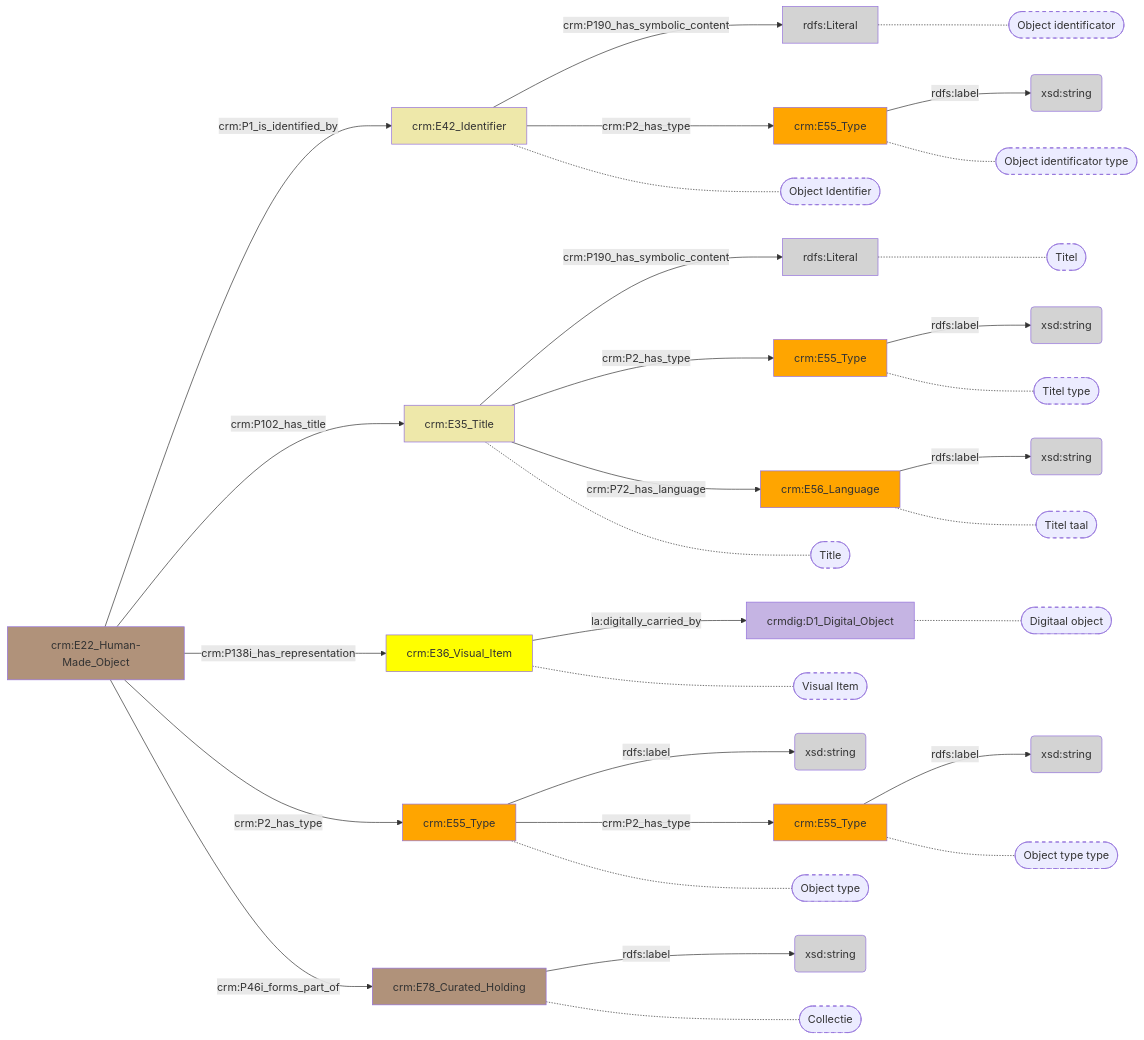
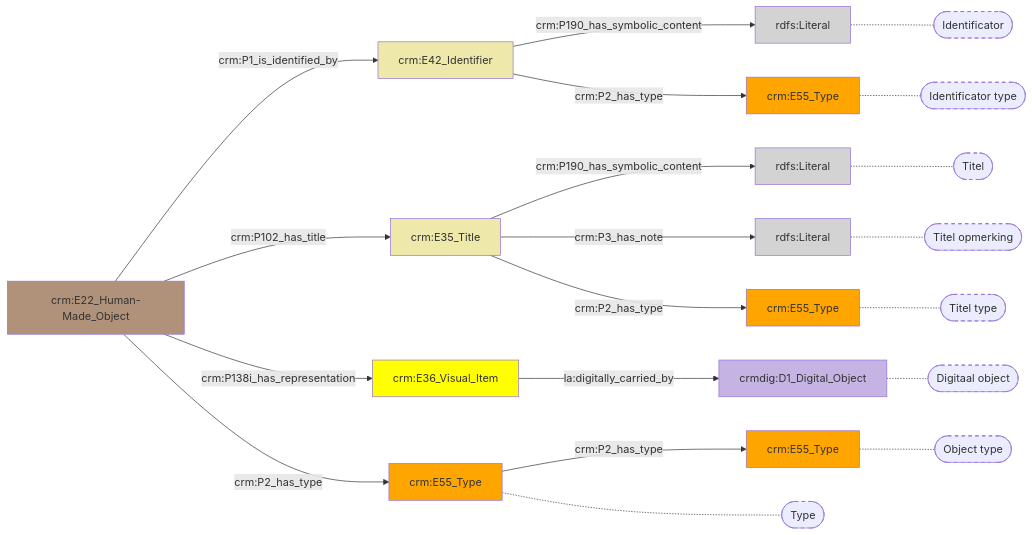
The diagram in docs/content/modellen/MuseologicalObject/Identificatie.md (digipolisantwerpdocumentation/antwerp-cultureel-erfgoed), drawn with Mermaid before and after one commit. The commit also changed 170 other files, not shown here.

````diff
--- a/docs/content/modellen/MuseologicalObject/Identificatie.md
+++ b/docs/content/modellen/MuseologicalObject/Identificatie.md
@@ -1,64 +1,42 @@
 ```mermaid
 graph LR
-a0702a46-eda1-11ed-9232-00163e71351b["crm:E55_Type"]-->|"rdfs:label"|a070322a-eda1-11ed-9232-00163e71351b(xsd:string)
-a0702f0a-eda1-11ed-9232-00163e71351b["crm:E55_Type"]-->|"rdfs:label"|a07030ae-eda1-11ed-9232-00163e71351b(xsd:string)
+style a0702a46-eda1-11ed-9232-00163e71351b fill:#ffa500
+style a0702f0a-eda1-11ed-9232-00163e71351b fill:#ffa500
+style a97fe66c-eda1-11ed-a1e6-00163e71351b fill:#EEE8AA
+style a97fe9a0-eda1-11ed-a1e6-00163e71351b fill:#ffa500
+style a97feac2-eda1-11ed-a1e6-00163e71351b fill:#D3D3D3
+style d0d661c8-eda1-11ed-9655-00163e71351b fill:#EEE8AA
+style d0d6692a-eda1-11ed-9655-00163e71351b fill:#D3D3D3
+style d0d66aba-eda1-11ed-9655-00163e71351b fill:#ffa500
+style e14fcd3b-3790-11ef-8b5d-960002548b4f fill:#D3D3D3
+style fa957146-dd27-11ed-9655-00163e71351b fill:#ffff00
+style fa95c95c-dd27-11ed-9655-00163e71351b fill:#C5B4E3
+style fa95cea2-dd27-11ed-9655-00163e71351b fill:#B0927A
 a97fe66c-eda1-11ed-a1e6-00163e71351b["crm:E35_Title"]-->|"crm:P190_has_symbolic_content"|a97feac2-eda1-11ed-a1e6-00163e71351b(rdfs:Literal)
-a97fe9a0-eda1-11ed-a1e6-00163e71351b["crm:E55_Type"]-->|"rdfs:label"|a97fed9c-eda1-11ed-a1e6-00163e71351b(xsd:string)
-a97fecac-eda1-11ed-a1e6-00163e71351b["crm:E56_Language"]-->|"rdfs:label"|a97febbc-eda1-11ed-a1e6-00163e71351b(xsd:string)
+a97fe66c-eda1-11ed-a1e6-00163e71351b["crm:E35_Title"]-->|"crm:P3_has_note"|e14fcd3b-3790-11ef-8b5d-960002548b4f(rdfs:Literal)
 d0d661c8-eda1-11ed-9655-00163e71351b["crm:E42_Identifier"]-->|"crm:P190_has_symbolic_content"|d0d6692a-eda1-11ed-9655-00163e71351b(rdfs:Literal)
-d0d66aba-eda1-11ed-9655-00163e71351b["crm:E55_Type"]-->|"rdfs:label"|d0d66754-eda1-11ed-9655-00163e71351b(xsd:string)
-f199cabe-466e-11ee-bc5c-00163e71351b["crm:E78_Curated_Holding"]-->|"rdfs:label"|ae34a220-46f6-11ee-bc5c-00163e71351b(xsd:string)
+style a0702f0a-eda1-11ed-9232-00163e71351b_s stroke-dasharray: 5
+style a97feac2-eda1-11ed-a1e6-00163e71351b_s stroke-dasharray: 5
+style a97fe9a0-eda1-11ed-a1e6-00163e71351b_s stroke-dasharray: 5
+style e14fcd3b-3790-11ef-8b5d-960002548b4f_s stroke-dasharray: 5
+style d0d6692a-eda1-11ed-9655-00163e71351b_s stroke-dasharray: 5
+style d0d66aba-eda1-11ed-9655-00163e71351b_s stroke-dasharray: 5
+style fa95c95c-dd27-11ed-9655-00163e71351b_s stroke-dasharray: 5
+style a0702a46-eda1-11ed-9232-00163e71351b_s stroke-dasharray: 5
+a0702f0a-eda1-11ed-9232-00163e71351b["crm:E55_Type"]-.-a0702f0a-eda1-11ed-9232-00163e71351b_s(["Object type"])
+a97feac2-eda1-11ed-a1e6-00163e71351b["rdfs:Literal"]-.-a97feac2-eda1-11ed-a1e6-00163e71351b_s(["Titel"])
+a97fe9a0-eda1-11ed-a1e6-00163e71351b["crm:E55_Type"]-.-a97fe9a0-eda1-11ed-a1e6-00163e71351b_s(["Titel type"])
+e14fcd3b-3790-11ef-8b5d-960002548b4f["rdfs:Literal"]-.-e14fcd3b-3790-11ef-8b5d-960002548b4f_s(["Titel opmerking"])
+d0d6692a-eda1-11ed-9655-00163e71351b["rdfs:Literal"]-.-d0d6692a-eda1-11ed-9655-00163e71351b_s(["Identificator"])
+d0d66aba-eda1-11ed-9655-00163e71351b["crm:E55_Type"]-.-d0d66aba-eda1-11ed-9655-00163e71351b_s(["Identificator type"])
+fa95c95c-dd27-11ed-9655-00163e71351b["crmdig:D1_Digital_Object"]-.-fa95c95c-dd27-11ed-9655-00163e71351b_s(["Digitaal object"])
+a0702a46-eda1-11ed-9232-00163e71351b["crm:E55_Type"]-.-a0702a46-eda1-11ed-9232-00163e71351b_s(["Type"])
 a0702a46-eda1-11ed-9232-00163e71351b["crm:E55_Type"]-->|"crm:P2_has_type"|a0702f0a-eda1-11ed-9232-00163e71351b["crm:E55_Type"]
 a97fe66c-eda1-11ed-a1e6-00163e71351b["crm:E35_Title"]-->|"crm:P2_has_type"|a97fe9a0-eda1-11ed-a1e6-00163e71351b["crm:E55_Type"]
-a97fe66c-eda1-11ed-a1e6-00163e71351b["crm:E35_Title"]-->|"crm:P72_has_language"|a97fecac-eda1-11ed-a1e6-00163e71351b["crm:E56_Language"]
 d0d661c8-eda1-11ed-9655-00163e71351b["crm:E42_Identifier"]-->|"crm:P2_has_type"|d0d66aba-eda1-11ed-9655-00163e71351b["crm:E55_Type"]
 fa957146-dd27-11ed-9655-00163e71351b["crm:E36_Visual_Item"]-->|"la:digitally_carried_by"|fa95c95c-dd27-11ed-9655-00163e71351b["crmdig:D1_Digital_Object"]
 fa95cea2-dd27-11ed-9655-00163e71351b["crm:E22_Human-Made_Object"]-->|"crm:P1_is_identified_by"|d0d661c8-eda1-11ed-9655-00163e71351b["crm:E42_Identifier"]
 fa95cea2-dd27-11ed-9655-00163e71351b["crm:E22_Human-Made_Object"]-->|"crm:P102_has_title"|a97fe66c-eda1-11ed-a1e6-00163e71351b["crm:E35_Title"]
 fa95cea2-dd27-11ed-9655-00163e71351b["crm:E22_Human-Made_Object"]-->|"crm:P138i_has_representation"|fa957146-dd27-11ed-9655-00163e71351b["crm:E36_Visual_Item"]
 fa95cea2-dd27-11ed-9655-00163e71351b["crm:E22_Human-Made_Object"]-->|"crm:P2_has_type"|a0702a46-eda1-11ed-9232-00163e71351b["crm:E55_Type"]
-fa95cea2-dd27-11ed-9655-00163e71351b["crm:E22_Human-Made_Object"]-->|"crm:P46i_forms_part_of"|f199cabe-466e-11ee-bc5c-00163e71351b["crm:E78_Curated_Holding"]
-a0702f0a-eda1-11ed-9232-00163e71351b["crm:E55_Type"]-.-a0702f0a-eda1-11ed-9232-00163e71351b_s(["Object type type"])
-a97feac2-eda1-11ed-a1e6-00163e71351b["rdfs:Literal"]-.-a97feac2-eda1-11ed-a1e6-00163e71351b_s(["Titel"])
-a97fe9a0-eda1-11ed-a1e6-00163e71351b["crm:E55_Type"]-.-a97fe9a0-eda1-11ed-a1e6-00163e71351b_s(["Titel type"])
-a97fecac-eda1-11ed-a1e6-00163e71351b["crm:E56_Language"]-.-a97fecac-eda1-11ed-a1e6-00163e71351b_s(["Titel taal"])
-d0d6692a-eda1-11ed-9655-00163e71351b["rdfs:Literal"]-.-d0d6692a-eda1-11ed-9655-00163e71351b_s(["Object identificator"])
-d0d66aba-eda1-11ed-9655-00163e71351b["crm:E55_Type"]-.-d0d66aba-eda1-11ed-9655-00163e71351b_s(["Object identificator type"])
-fa95c95c-dd27-11ed-9655-00163e71351b["crmdig:D1_Digital_Object"]-.-fa95c95c-dd27-11ed-9655-00163e71351b_s(["Digitaal object"])
-d0d661c8-eda1-11ed-9655-00163e71351b["crm:E42_Identifier"]-.-d0d661c8-eda1-11ed-9655-00163e71351b_s(["Object Identifier"])
-a97fe66c-eda1-11ed-a1e6-00163e71351b["crm:E35_Title"]-.-a97fe66c-eda1-11ed-a1e6-00163e71351b_s(["Title"])
-fa957146-dd27-11ed-9655-00163e71351b["crm:E36_Visual_Item"]-.-fa957146-dd27-11ed-9655-00163e71351b_s(["Visual Item"])
-a0702a46-eda1-11ed-9232-00163e71351b["crm:E55_Type"]-.-a0702a46-eda1-11ed-9232-00163e71351b_s(["Object type"])
-f199cabe-466e-11ee-bc5c-00163e71351b["crm:E78_Curated_Holding"]-.-f199cabe-466e-11ee-bc5c-00163e71351b_s(["Collectie"])
-style a0702f0a-eda1-11ed-9232-00163e71351b_s stroke-dasharray: 5
-style a97feac2-eda1-11ed-a1e6-00163e71351b_s stroke-dasharray: 5
-style a97fe9a0-eda1-11ed-a1e6-00163e71351b_s stroke-dasharray: 5
-style a97fecac-eda1-11ed-a1e6-00163e71351b_s stroke-dasharray: 5
-style d0d6692a-eda1-11ed-9655-00163e71351b_s stroke-dasharray: 5
-style d0d66aba-eda1-11ed-9655-00163e71351b_s stroke-dasharray: 5
-style fa95c95c-dd27-11ed-9655-00163e71351b_s stroke-dasharray: 5
-style d0d661c8-eda1-11ed-9655-00163e71351b_s stroke-dasharray: 5
-style a97fe66c-eda1-11ed-a1e6-00163e71351b_s stroke-dasharray: 5
-style fa957146-dd27-11ed-9655-00163e71351b_s stroke-dasharray: 5
-style a0702a46-eda1-11ed-9232-00163e71351b_s stroke-dasharray: 5
-style f199cabe-466e-11ee-bc5c-00163e71351b_s stroke-dasharray: 5
-style a0702a46-eda1-11ed-9232-00163e71351b fill:#ffa500
-style a0702f0a-eda1-11ed-9232-00163e71351b fill:#ffa500
-style a07030ae-eda1-11ed-9232-00163e71351b fill:#D3D3D3
-style a070322a-eda1-11ed-9232-00163e71351b fill:#D3D3D3
-style a97fe66c-eda1-11ed-a1e6-00163e71351b fill:#EEE8AA
-style a97fe9a0-eda1-11ed-a1e6-00163e71351b fill:#ffa500
-style a97feac2-eda1-11ed-a1e6-00163e71351b fill:#D3D3D3
-style a97febbc-eda1-11ed-a1e6-00163e71351b fill:#D3D3D3
-style a97fecac-eda1-11ed-a1e6-00163e71351b fill:#ffa500
-style a97fed9c-eda1-11ed-a1e6-00163e71351b fill:#D3D3D3
-style ae34a220-46f6-11ee-bc5c-00163e71351b fill:#D3D3D3
-style d0d661c8-eda1-11ed-9655-00163e71351b fill:#EEE8AA
-style d0d66754-eda1-11ed-9655-00163e71351b fill:#D3D3D3
-style d0d6692a-eda1-11ed-9655-00163e71351b fill:#D3D3D3
-style d0d66aba-eda1-11ed-9655-00163e71351b fill:#ffa500
-style f199cabe-466e-11ee-bc5c-00163e71351b fill:#B0927A
-style fa957146-dd27-11ed-9655-00163e71351b fill:#ffff00
-style fa95c95c-dd27-11ed-9655-00163e71351b fill:#C5B4E3
-style fa95cea2-dd27-11ed-9655-00163e71351b fill:#B0927A
 ```
````
